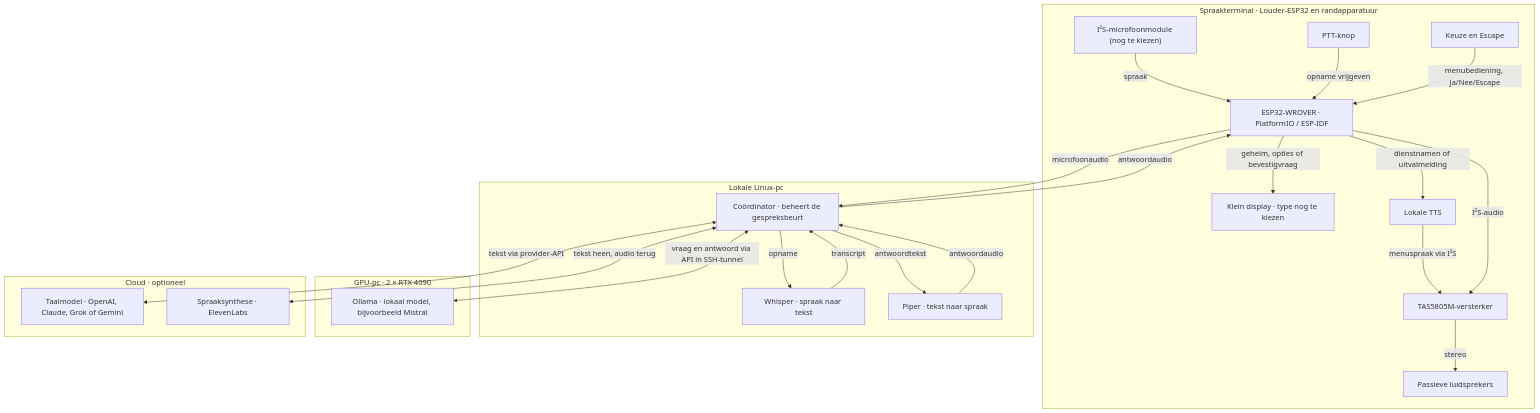
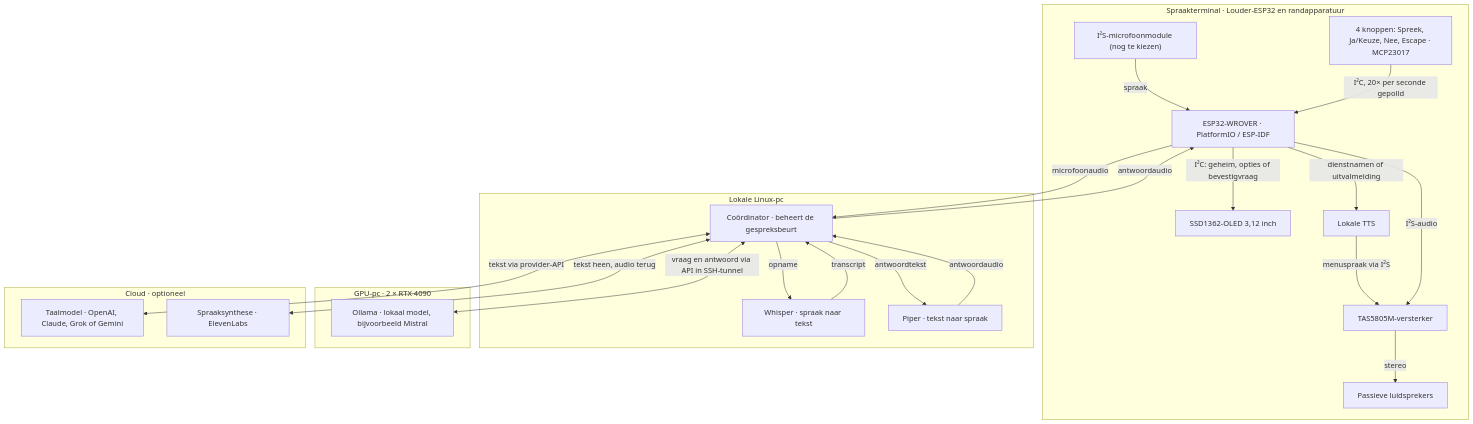
The diagram in docs/architecture.md (chat-l18l/ESP32_audio_Jarvis), drawn with Mermaid before and after one commit. The commit also changed other lines of this file and 3 other files, not shown here.

First line of the commit message:
Docs: PoC-bedieningspaneel via I²C, SSD1362 en MCP23017 (B-016)

````diff
--- a/docs/architecture.md
+++ b/docs/architecture.md
@@ -20,32 +20,31 @@
 ```mermaid
 flowchart TB
     subgraph terminal["Spraakterminal · Louder-ESP32 en randapparatuur"]
         mic["I²S-microfoonmodule (nog te kiezen)"] -->|spraak| esp["ESP32-WROVER · PlatformIO / ESP-IDF"]
-        ptt["PTT-knop"] -->|opname vrijgeven| esp
-        keys["Keuze en Escape"] -->|menubediening, Ja/Nee/Escape| esp
-        esp -->|geheim, opties of bevestigvraag| disp["Klein display · type nog te kiezen"]
+        keys["4 knoppen: Spreek, Ja/Keuze, Nee, Escape · MCP23017"] -->|I²C, 20× per seconde gepolld| esp
+        esp -->|I²C: geheim, opties of bevestigvraag| disp["SSD1362-OLED 3,12 inch"]
         esp -->|dienstnamen of uitvalmelding| menu["Lokale TTS"]
         menu -->|menuspraak via I²S| amp
         esp -->|I²S-audio| amp["TAS5805M-versterker"]
         amp -->|stereo| speakers["Passieve luidsprekers"]
     end
     subgraph host["Lokale Linux-pc"]
         coord["Coördinator · beheert de gespreksbeurt"]
         coord -->|opname| stt["Whisper · spraak naar tekst"]
         stt -->|transcript| coord
         coord -->|antwoordtekst| tts["Piper · tekst naar spraak"]
         tts -->|antwoordaudio| coord
     end
     esp -->|microfoonaudio| coord
     coord -->|antwoordaudio| esp
     subgraph gpu["GPU-pc · 2 × RTX 4090"]
         ollama["Ollama · lokaal model, bijvoorbeeld Mistral"]
     end
     coord <-->|vraag en antwoord via API in SSH-tunnel| ollama
     subgraph cloud["Cloud · optioneel"]
         llm["Taalmodel · OpenAI, Claude, Grok of Gemini"]
         voice["Spraaksynthese · ElevenLabs"]
     end
     coord <-->|tekst via provider-API| llm
     coord <-->|tekst heen, audio terug| voice
 ```
````
